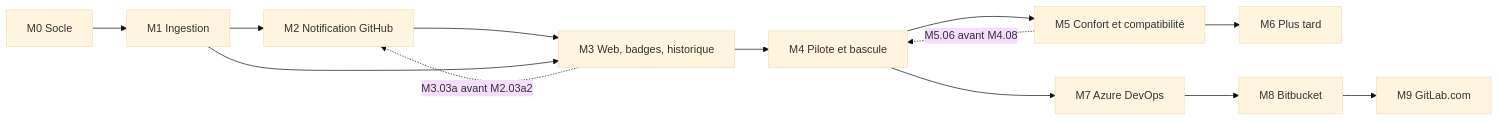
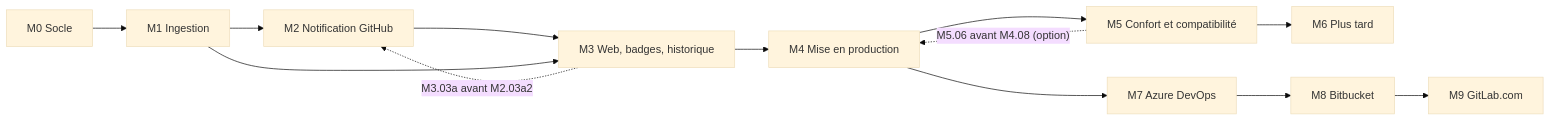
Before and after one commit to gaetanthouvenin/code-coverage: the first of 6 diagrams in docs/PLAN.md, drawn with Mermaid (base theme). The commit also changed other lines of this file and 1 other file, not shown here.

First line of the commit message:
docs(plan): 📝 Rewrite M4 as going to production, with the Codecov migration as an option

````diff
--- a/docs/PLAN.md
+++ b/docs/PLAN.md
@@ -122,15 +122,15 @@
 ```mermaid
 graph LR
   M0["M0 Socle"] --> M1["M1 Ingestion"]
   M1 --> M2["M2 Notification GitHub"]
   M2 --> M3["M3 Web, badges, historique"]
   M1 --> M3
-  M3 --> M4["M4 Pilote et bascule"]
+  M3 --> M4["M4 Mise en production"]
   M4 --> M5["M5 Confort et compatibilité"]
-  M5 -. "M5.06 avant M4.08" .-> M4
+  M5 -. "M5.06 avant M4.08 (option)" .-> M4
   M3 -. "M3.03a avant M2.03a2" .-> M2
   M5 --> M6["M6 Plus tard"]
   M4 --> M7["M7 Azure DevOps"]
   M7 --> M8["M8 Bitbucket"]
   M8 --> M9["M9 GitLab.com"]
 ```
````
